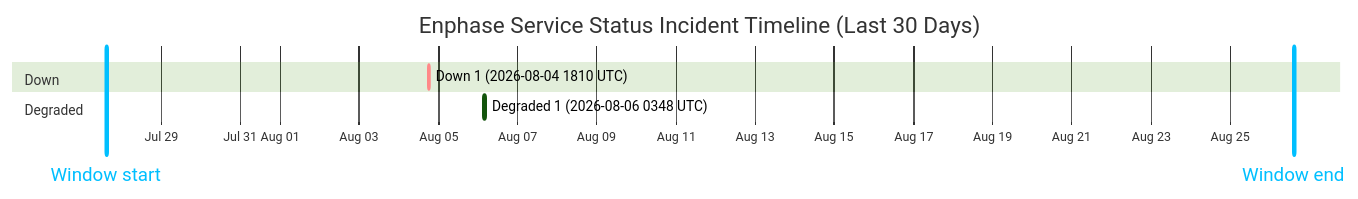
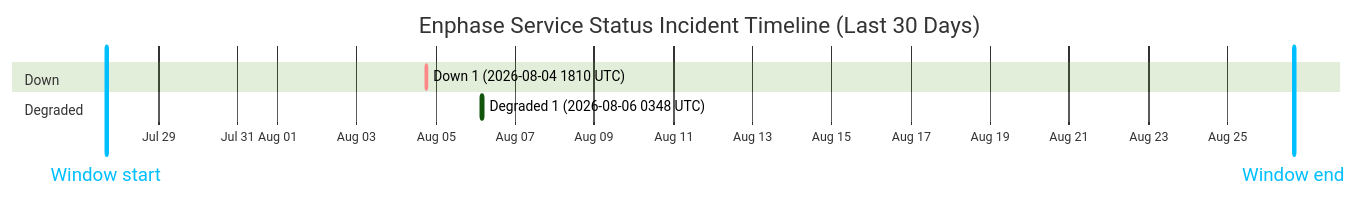
The diagram in wiki/Service-Status-History.md (barneyonline/ha-enphase-energy), drawn with Mermaid (forest theme) before and after one commit. The commit also changed other lines of this file and 3 other files, not shown here.

````diff
--- a/wiki/Service-Status-History.md
+++ b/wiki/Service-Status-History.md
@@ -14,12 +14,12 @@
 ```mermaid
 gantt
     title Enphase Service Status Incident Timeline (Last 30 Days)
     dateFormat  YYYY-MM-DDTHH:mm:ss
     axisFormat  %b %d
-    Window start :vert, window-start, 2026-07-27T14:44:58, 0ms
-    Window end :vert, window-end, 2026-08-26T14:44:58, 0ms
+    Window start :vert, window-start, 2026-07-27T16:16:03, 0ms
+    Window end :vert, window-end, 2026-08-26T16:16:03, 0ms
     section Down
     Down 1 (2026-08-04 1810 UTC) :crit, down-1, 2026-08-04T18:10:46, 60m
     section Degraded
     Degraded 1 (2026-08-06 0348 UTC) :active, degraded-1, 2026-08-06T03:48:14, 60m
 ```
````
